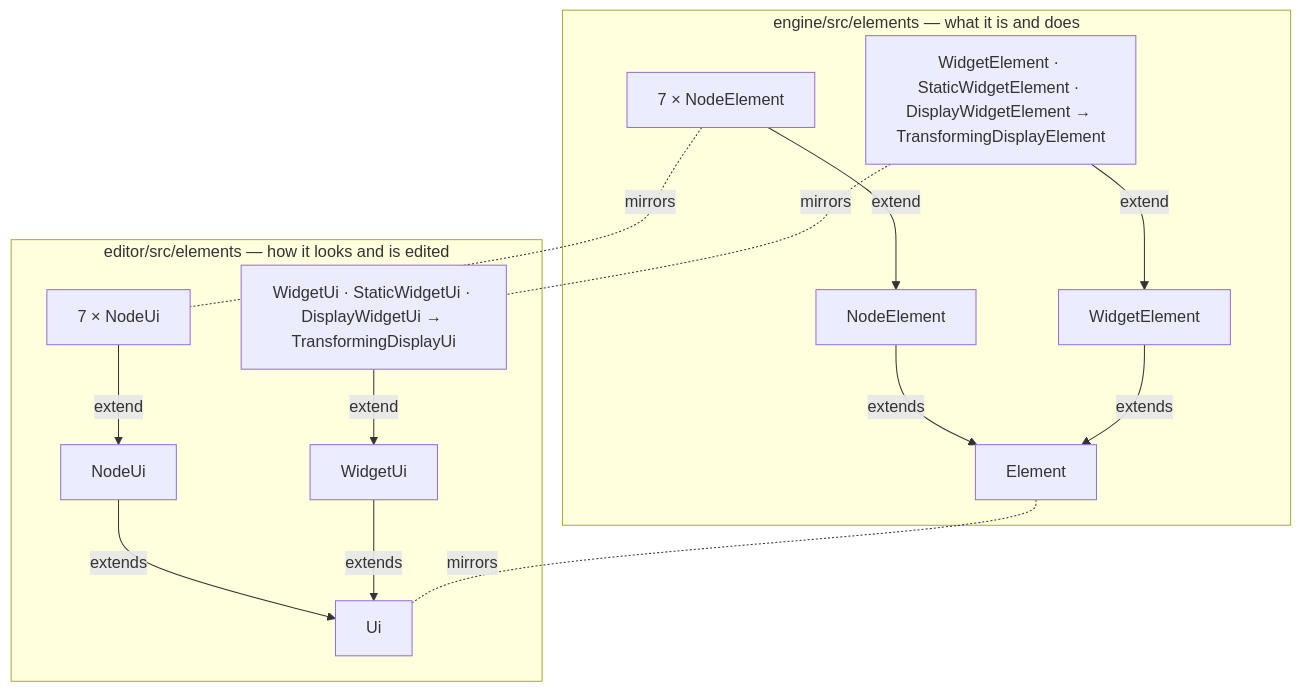
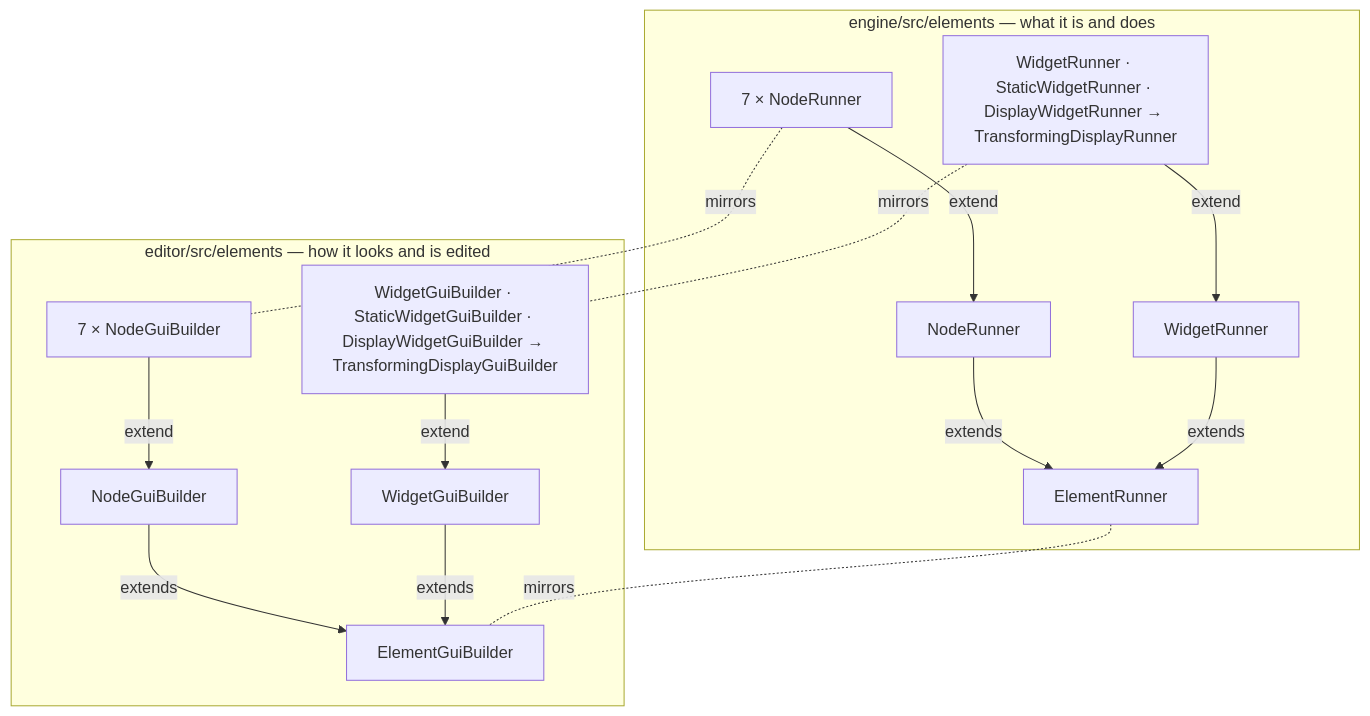
The second of 4 diagrams in arch/overview.md (Archimedes79/AI_Graph), drawn with Mermaid before and after one commit. The commit also changed other lines of this file and 228 other files, not shown here.

First line of the commit message:
refactor: an element is a Runner or a GuiBuilder — the names say which

````diff
--- a/arch/overview.md
+++ b/arch/overview.md
@@ -88,29 +88,29 @@
 ```mermaid
 flowchart TD
   subgraph engine["engine/src/elements — what it is and does"]
-    Element["Element"]
-    NodeElement["NodeElement"]
-    WidgetElement["WidgetElement"]
-    Nodes["7 × <Kind>NodeElement"]
-    Widgets["<Kind>WidgetElement · StaticWidgetElement · DisplayWidgetElement → TransformingDisplayElement"]
+    ElementRunner["ElementRunner"]
+    NodeRunner["NodeRunner"]
+    WidgetRunner["WidgetRunner"]
+    Nodes["7 × <Kind>NodeRunner"]
+    Widgets["<Kind>WidgetRunner · StaticWidgetRunner · DisplayWidgetRunner → TransformingDisplayRunner"]
   end
   subgraph editor["editor/src/elements — how it looks and is edited"]
-    Ui["Ui"]
-    NodeUi["NodeUi"]
-    WidgetUi["WidgetUi"]
-    NodeUis["7 × <Kind>NodeUi"]
-    WidgetUis["<Kind>WidgetUi · StaticWidgetUi · DisplayWidgetUi → TransformingDisplayUi"]
+    ElementGuiBuilder["ElementGuiBuilder"]
+    NodeGuiBuilder["NodeGuiBuilder"]
+    WidgetGuiBuilder["WidgetGuiBuilder"]
+    NodeUis["7 × <Kind>NodeGuiBuilder"]
+    WidgetUis["<Kind>WidgetGuiBuilder · StaticWidgetGuiBuilder · DisplayWidgetGuiBuilder → TransformingDisplayGuiBuilder"]
   end
 
-  NodeElement -- extends --> Element
-  WidgetElement -- extends --> Element
-  Nodes -- extend --> NodeElement
-  Widgets -- extend --> WidgetElement
-  NodeUi -- extends --> Ui
-  WidgetUi -- extends --> Ui
-  NodeUis -- extend --> NodeUi
-  WidgetUis -- extend --> WidgetUi
-  Element -. mirrors .- Ui
+  NodeRunner -- extends --> ElementRunner
+  WidgetRunner -- extends --> ElementRunner
+  Nodes -- extend --> NodeRunner
+  Widgets -- extend --> WidgetRunner
+  NodeGuiBuilder -- extends --> ElementGuiBuilder
+  WidgetGuiBuilder -- extends --> ElementGuiBuilder
+  NodeUis -- extend --> NodeGuiBuilder
+  WidgetUis -- extend --> WidgetGuiBuilder
+  ElementRunner -. mirrors .- ElementGuiBuilder
   Nodes -. mirrors .- NodeUis
   Widgets -. mirrors .- WidgetUis
 ```
````
